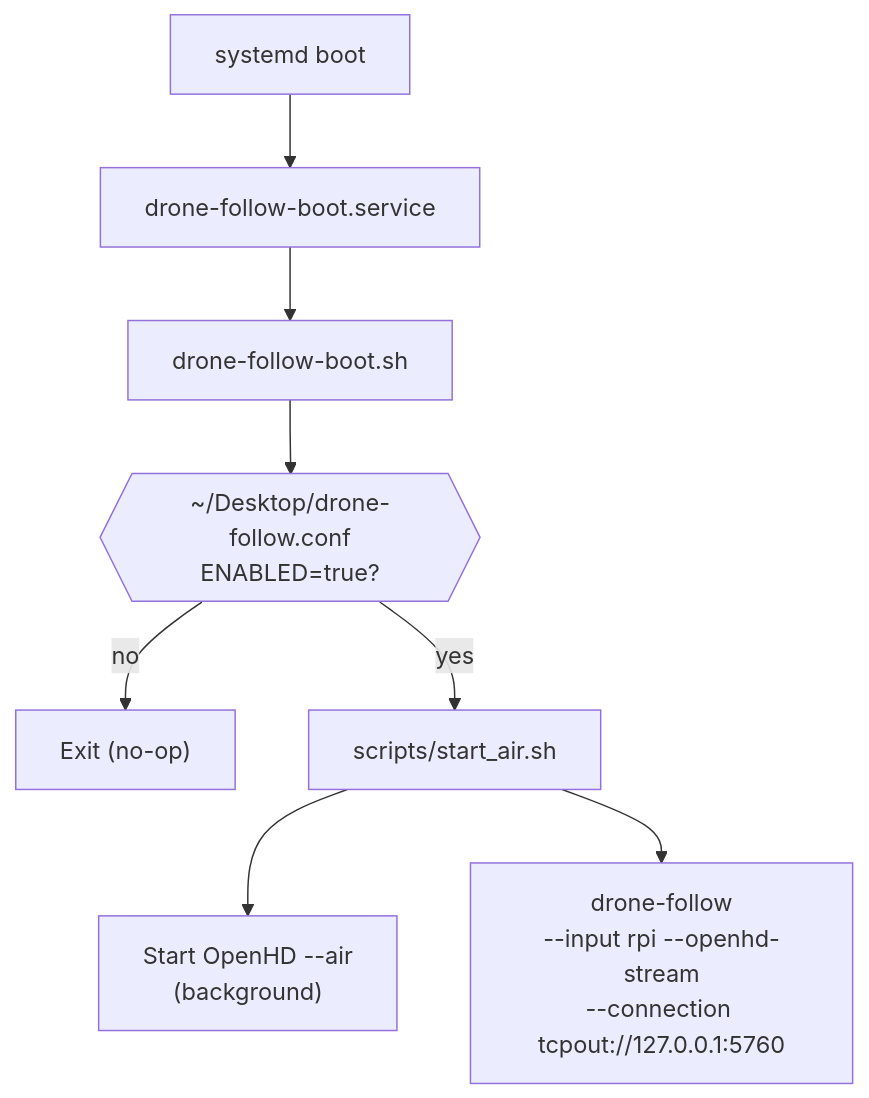
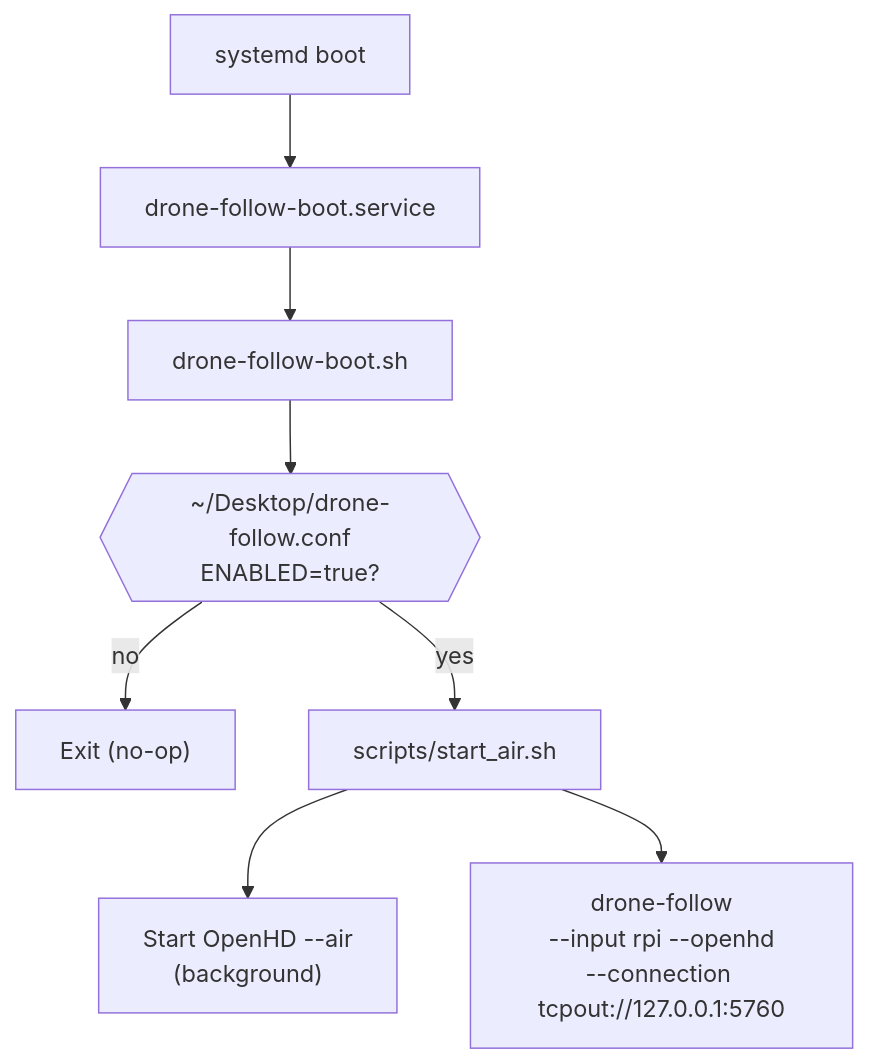
One commit to hailocs/hailo-apps-internal changed diagram 11 of 11 in community/apps/hailo_drone_follow/docs/design-review.md. Above: the diagram before and after it, drawn with Mermaid. The commit also changed other lines of this file and 17 other files, not shown here.

````diff
--- a/community/apps/hailo_drone_follow/docs/design-review.md
+++ b/community/apps/hailo_drone_follow/docs/design-review.md
@@ -547,10 +547,10 @@
 ```mermaid
 flowchart TD
     BOOT["systemd boot"] --> SVC["drone-follow-boot.service"]
     SVC --> SCRIPT["drone-follow-boot.sh"]
     SCRIPT --> CONF{{"~/Desktop/drone-follow.conf<br/>ENABLED=true?"}}
     CONF -->|no| SKIP["Exit (no-op)"]
     CONF -->|yes| AIR["scripts/start_air.sh"]
     AIR --> OHD["Start OpenHD --air<br/>(background)"]
-    AIR --> DF["drone-follow<br/>--input rpi --openhd-stream<br/>--connection tcpout://127.0.0.1:5760"]
+    AIR --> DF["drone-follow<br/>--input rpi --openhd<br/>--connection tcpout://127.0.0.1:5760"]
 ```
````
